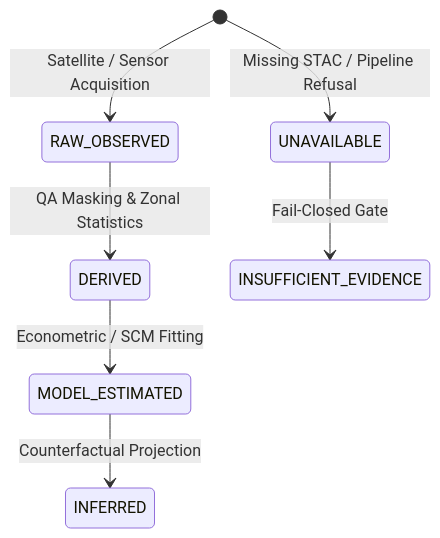
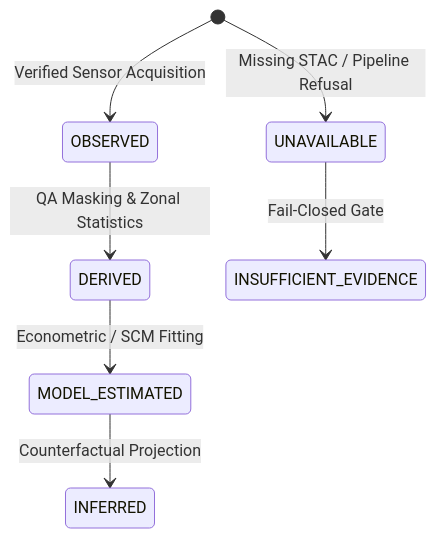
The third of 3 diagrams in docs/README.md (Viraj281105/GroundTruth), drawn with Mermaid before and after one commit. The commit also changed other lines of this file and 71 other files, not shown here.

````diff
--- a/docs/README.md
+++ b/docs/README.md
@@ -114,9 +114,9 @@
 ```mermaid
 stateDiagram-v2
-    [*] --> RAW_OBSERVED: Satellite / Sensor Acquisition
-    RAW_OBSERVED --> DERIVED: QA Masking & Zonal Statistics
+    [*] --> OBSERVED: Verified Sensor Acquisition
+    OBSERVED --> DERIVED: QA Masking & Zonal Statistics
     DERIVED --> MODEL_ESTIMATED: Econometric / SCM Fitting
     MODEL_ESTIMATED --> INFERRED: Counterfactual Projection
     [*] --> UNAVAILABLE: Missing STAC / Pipeline Refusal
     UNAVAILABLE --> INSUFFICIENT_EVIDENCE: Fail-Closed Gate
 ```
````
